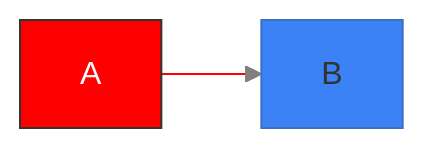
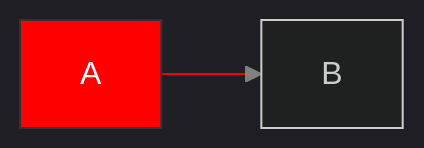
Before and after one commit to marcusquinn/aidevops: the diagram in .agents/tools/diagrams/mermaid-diagrams-skill/cheatsheet.md, drawn with Mermaid. The commit also changed other lines of this file, not shown here.

First line of the commit message:
docs: tighten mermaid cheatsheet from 245 to 169 lines (GH#12129)

````diff
--- a/.agents/tools/diagrams/mermaid-diagrams-skill/cheatsheet.md
+++ b/.agents/tools/diagrams/mermaid-diagrams-skill/cheatsheet.md
@@ -213,9 +134,9 @@
 ```mermaid
-%%{init: {'theme': 'base', 'themeVariables': {'primaryColor': '#3b82f6', 'lineColor': '#64748b'}}}%%
+%%{init: {'theme': 'dark'}}%%
 flowchart LR
     A:::myClass --> B
     classDef myClass fill:#f00,stroke:#333,color:#fff
     style A fill:#f00
     linkStyle 0 stroke:red
     linkStyle default stroke:gray
 ```
````
